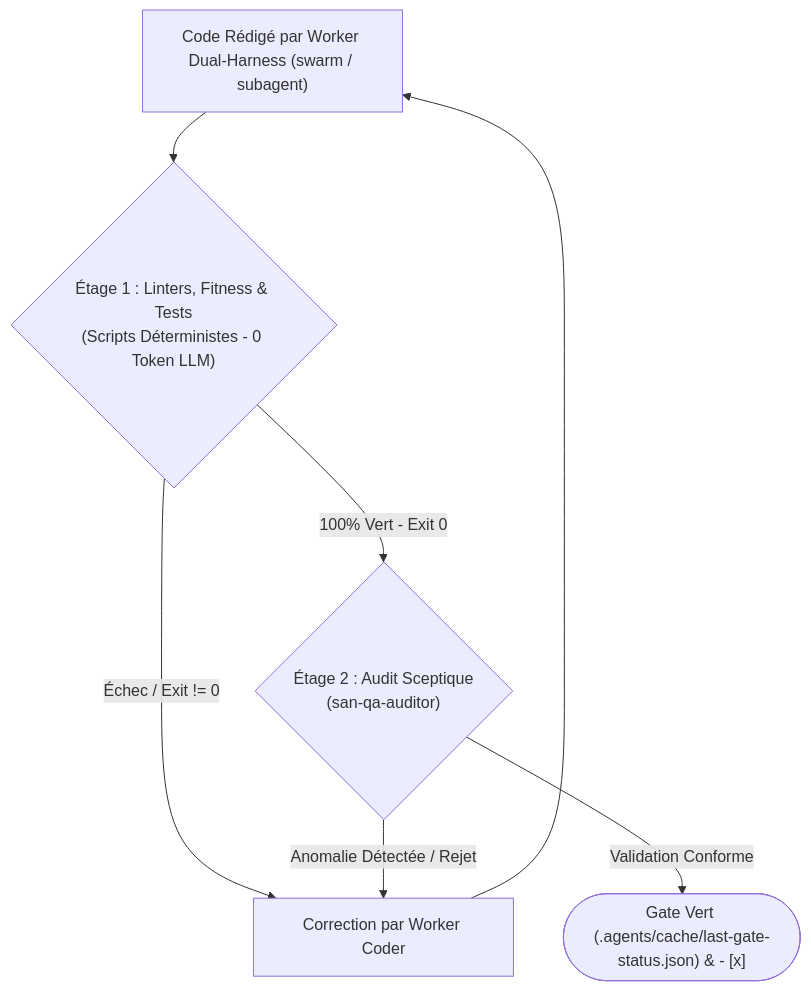
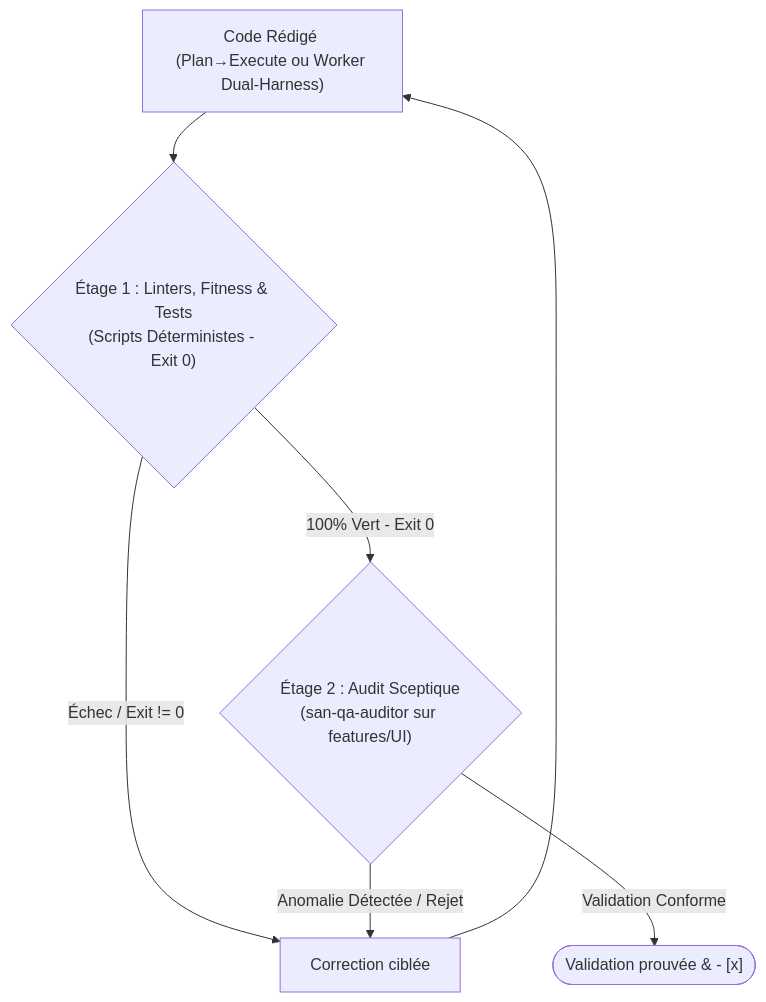
Before and after one commit to alexsan-dev/san_agy_framework: the diagram in src/skills/san_init/templates/rules/PROJECT_TEMPLATE.md, drawn with Mermaid. The commit also changed other lines of this file and 67 other files, not shown here.

Commit message:
wip(v3.0.0): checkpoint phases 1-3.4 (san_ai_harness rebrand, 120k compaction, OpenCode swarm plugin, CLI & agents)

````diff
--- a/src/skills/san_init/templates/rules/PROJECT_TEMPLATE.md
+++ b/src/skills/san_init/templates/rules/PROJECT_TEMPLATE.md
@@ -74,9 +73,9 @@
 ```mermaid
 flowchart TD
-    CodeWritten["Code Rédigé par Worker Dual-Harness (swarm / subagent)"] --> Funnel1{"Étage 1 : Linters, Fitness & Tests\n(Scripts Déterministes - 0 Token LLM)"}
-    Funnel1 -->|Échec / Exit != 0| FixCode["Correction par Worker Coder"]
+    CodeWritten["Code Rédigé (Plan→Execute ou Worker Dual-Harness)"] --> Funnel1{"Étage 1 : Linters, Fitness & Tests\n(Scripts Déterministes - Exit 0)"}
+    Funnel1 -->|Échec / Exit != 0| FixCode["Correction ciblée"]
     FixCode --> CodeWritten
-    Funnel1 -->|100% Vert - Exit 0| Funnel2{"Étage 2 : Audit Sceptique\n(san-qa-auditor)"}
+    Funnel1 -->|100% Vert - Exit 0| Funnel2{"Étage 2 : Audit Sceptique\n(san-qa-auditor sur features/UI)"}
     Funnel2 -->|Anomalie Détectée / Rejet| FixCode
-    Funnel2 -->|Validation Conforme| Done(["Gate Vert (.agents/cache/last-gate-status.json) & - [x]"])
+    Funnel2 -->|Validation Conforme| Done(["Validation prouvée & - [x]"])
 ```
````
